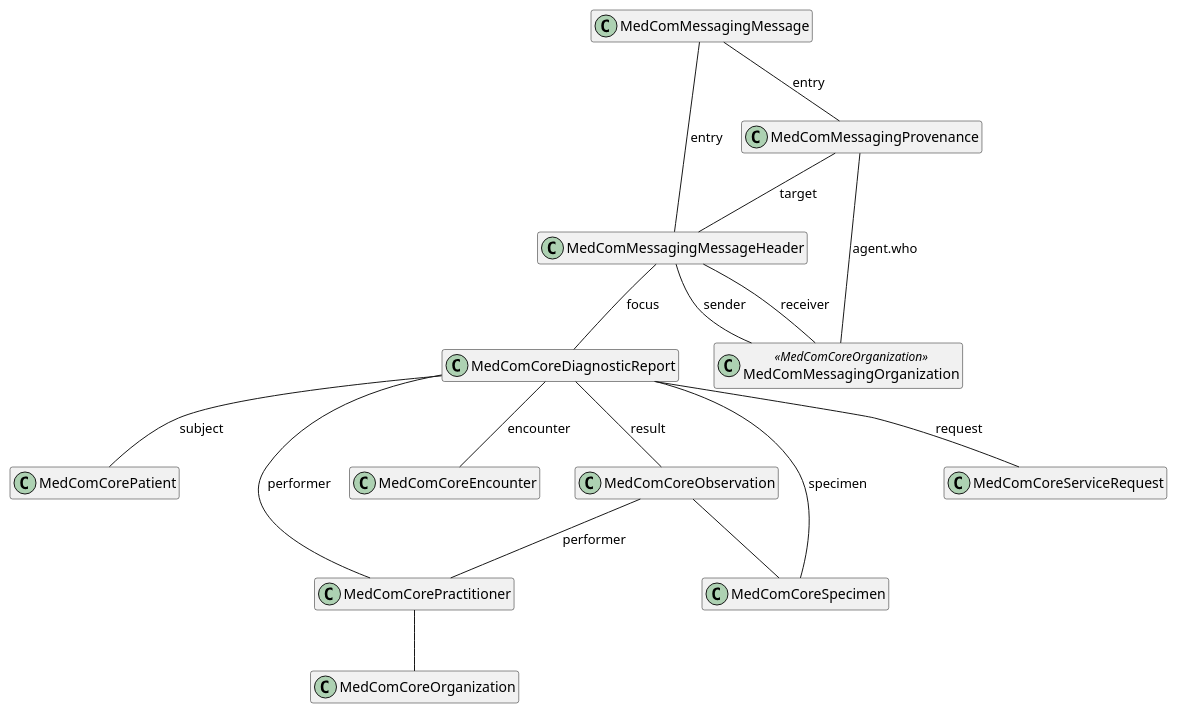
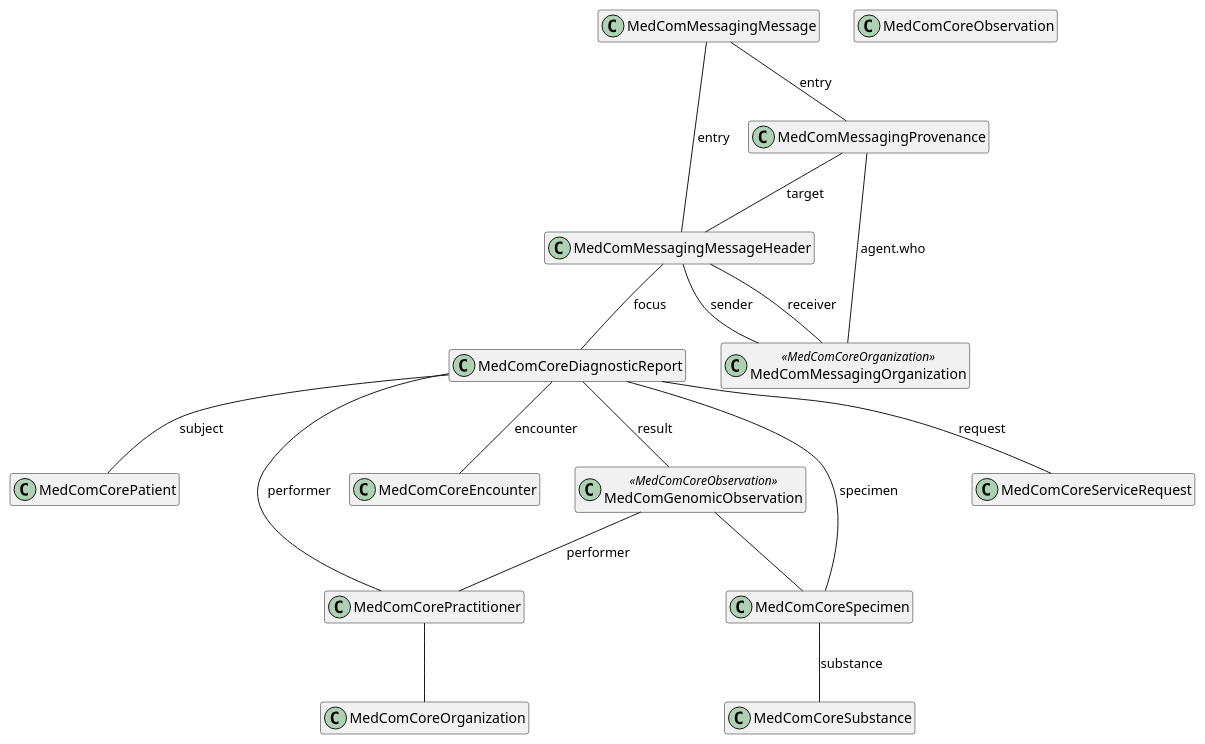
One commit to medcomdk/dk_MunicipalityObservationResults changed the diagram in puml/Laboratory_genomic.puml. Above: the diagram before and after it, drawn with PlantUML. The commit also changed 1 other file, not shown here.

Commit message:
plantuml for laboratoryresult for genomics generated

```diff
--- a/puml/Laboratory_genomic.puml
+++ b/puml/Laboratory_genomic.puml
@@ -1,38 +1,41 @@
 @startuml HomeCareObservation
 
 hide empty members
 
 top to bottom direction
 
 class "MedComMessagingMessage" as message
 class "MedComMessagingMessageHeader" as messageheader
 class "MedComMessagingProvenance" as provenance
 class "MedComMessagingOrganization" as messagingOrganization <<MedComCoreOrganization>>
 class "MedComCorePatient" as patient
 class "MedComCorePractitioner" as author
 class "MedComCoreEncounter" as encounter
 class "MedComCoreOrganization" as organization
 class "MedComCoreDiagnosticReport" as diagnosticReport
-class "MedComCoreObservation" as observation
+class "MedComGenomicObservation" as observation <<MedComCoreObservation>>
+class "MedComCoreObservation" as coreobservation 
 class "MedComCoreSpecimen" as specimen 
 class "MedComCoreServiceRequest" as request
+class "MedComCoreSubstance" as substance
 
 
 message -- messageheader : "entry"
 messageheader -- diagnosticReport : "focus"
 diagnosticReport -- patient : "subject"
 message -- provenance : "entry"
 provenance -- messageheader : "target" 
 provenance -- messagingOrganization : "agent.who"
 diagnosticReport -- encounter : "encounter"
 diagnosticReport -- request: "request"
 diagnosticReport -- author: "performer"
 diagnosticReport -- observation : "result"
 diagnosticReport -- specimen : "specimen"
-observation -- specimen
+specimen-- substance : "substance"
+observation -- specimen 
 observation -- author:"performer"
 author -- organization
 messageheader -- messagingOrganization : "receiver"
 messageheader -- messagingOrganization : "sender"
 
 @enduml
```
